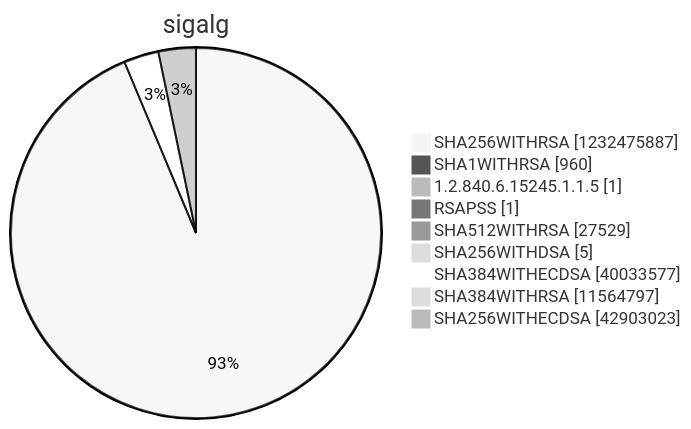
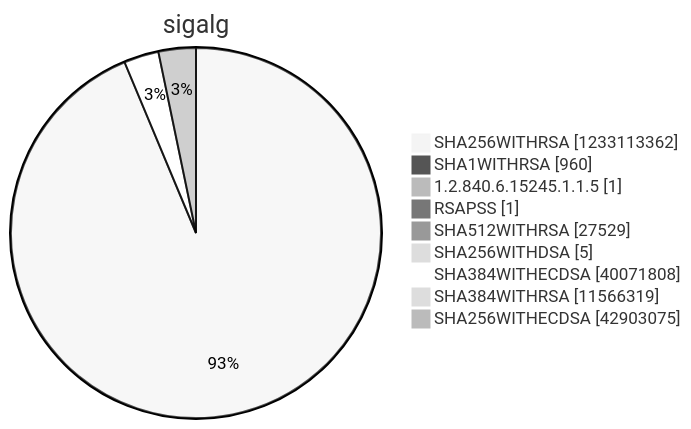
One commit to christiankrug/ctmonitor_visualization changed diagram 15 of 15 in argon2022/README.md. Above: the diagram before and after it, drawn with Mermaid (neutral theme). The commit also changed other lines of this file, not shown here.

````diff
--- a/argon2022/README.md
+++ b/argon2022/README.md
@@ -5522,13 +5522,13 @@
 ```mermaid
 pie showData
 title sigalg
-"SHA256WITHRSA" :1232475887
+"SHA256WITHRSA" :1233113362
 "SHA1WITHRSA" :960
 "1.2.840.6.15245.1.1.5" :1
 "RSAPSS" :1
 "SHA512WITHRSA" :27529
 "SHA256WITHDSA" :5
-"SHA384WITHECDSA" :40033577
-"SHA384WITHRSA" :11564797
-"SHA256WITHECDSA" :42903023
+"SHA384WITHECDSA" :40071808
+"SHA384WITHRSA" :11566319
+"SHA256WITHECDSA" :42903075
 ```
````
